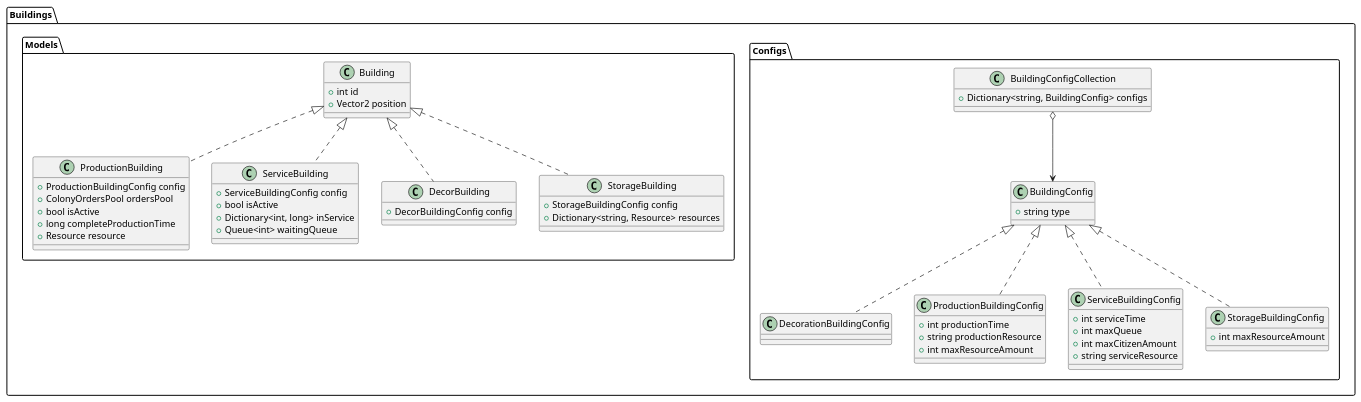
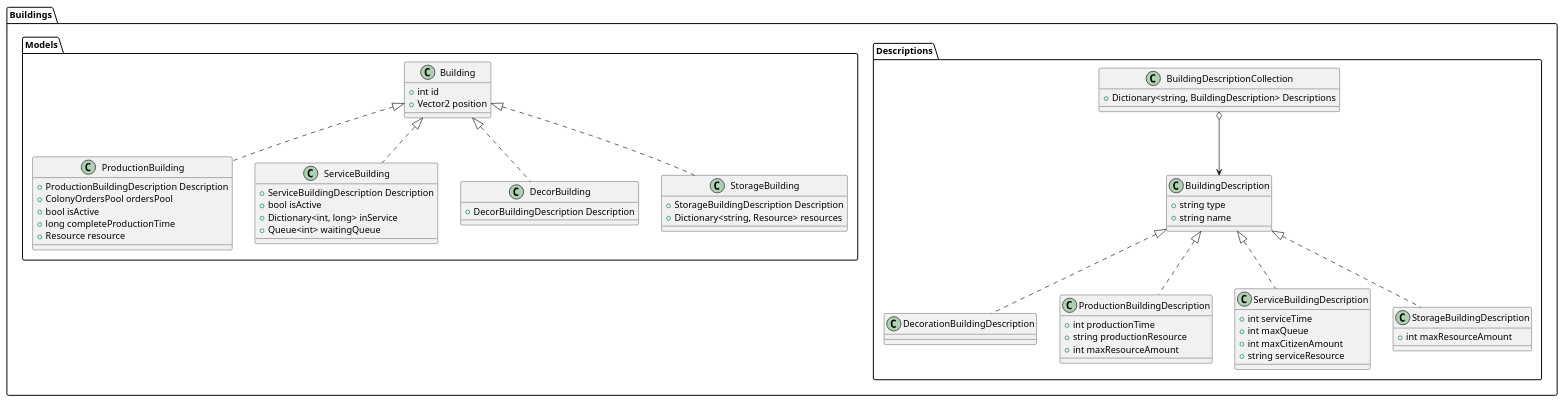
Before and after one commit to minusrep/Pivo-UML: the diagram in Colony/Buildings/Buildings.puml, drawn with PlantUML. The commit also changed 1 other file, not shown here.

Commit message:
refactor: rename configs to descriptions

```diff
--- a/Colony/Buildings/Buildings.puml
+++ b/Colony/Buildings/Buildings.puml
@@ -1,91 +1,92 @@
 @startuml
 
 package "Buildings"
 {
-    package "Configs"{
+    package "Descriptions"{
         
-        class BuildingConfigCollection 
+        class BuildingDescriptionCollection 
         {
-            +Dictionary<string, BuildingConfig> configs
+            +Dictionary<string, BuildingDescription> Descriptions
         }
         
-        class BuildingConfig
+        class BuildingDescription
         {
             +string type
+            +string name
         }
         
-        class DecorationBuildingConfig
+        class DecorationBuildingDescription
         {
         }
         
-        class ProductionBuildingConfig
+        class ProductionBuildingDescription
         {
             +int productionTime        
             +string productionResource
             +int maxResourceAmount
         }
         
-        class ServiceBuildingConfig 
+        class ServiceBuildingDescription 
         {
             +int serviceTime
             +int maxQueue
             +int maxCitizenAmount
             +string serviceResource
         }
         
-        class StorageBuildingConfig 
+        class StorageBuildingDescription 
         {
             +int maxResourceAmount
         }
         
-        BuildingConfig <|.. DecorationBuildingConfig  
-        BuildingConfig <|.. ProductionBuildingConfig  
-        BuildingConfig <|.. ServiceBuildingConfig  
-        BuildingConfig <|.. StorageBuildingConfig  
-        BuildingConfigCollection o--> BuildingConfig 
+        BuildingDescription <|.. DecorationBuildingDescription  
+        BuildingDescription <|.. ProductionBuildingDescription  
+        BuildingDescription <|.. ServiceBuildingDescription  
+        BuildingDescription <|.. StorageBuildingDescription  
+        BuildingDescriptionCollection o--> BuildingDescription 
     }
 
     package "Models"
     {
         class Building
         {
             +int id
             +Vector2 position
         }
         
         class ProductionBuilding
         {
-            +ProductionBuildingConfig config
+            +ProductionBuildingDescription Description
             +ColonyOrdersPool ordersPool
             +bool isActive
             +long completeProductionTime
             +Resource resource
         }
         
         class ServiceBuilding
         {
-            +ServiceBuildingConfig config
+            +ServiceBuildingDescription Description
             +bool isActive
             +Dictionary<int, long> inService
             +Queue<int> waitingQueue
         }
         
         class DecorBuilding
         {
-            +DecorBuildingConfig config
+            +DecorBuildingDescription Description
         }
         
         class StorageBuilding
         {
-            +StorageBuildingConfig config
+            +StorageBuildingDescription Description
             +Dictionary<string, Resource> resources
         }
         
         Building <|.. ProductionBuilding
         Building <|.. ServiceBuilding
         Building <|.. DecorBuilding
         Building <|.. StorageBuilding
     }
 }
 
 @enduml
```
